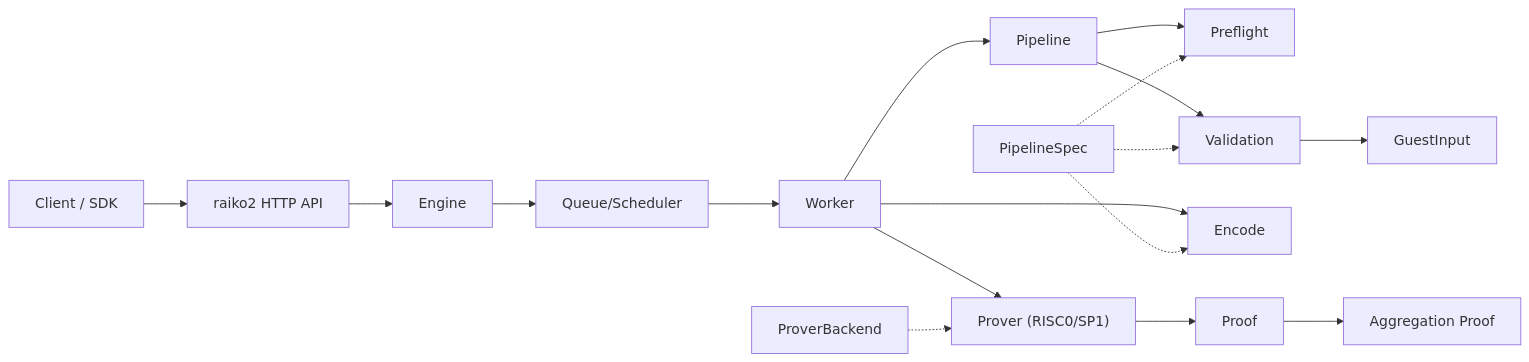
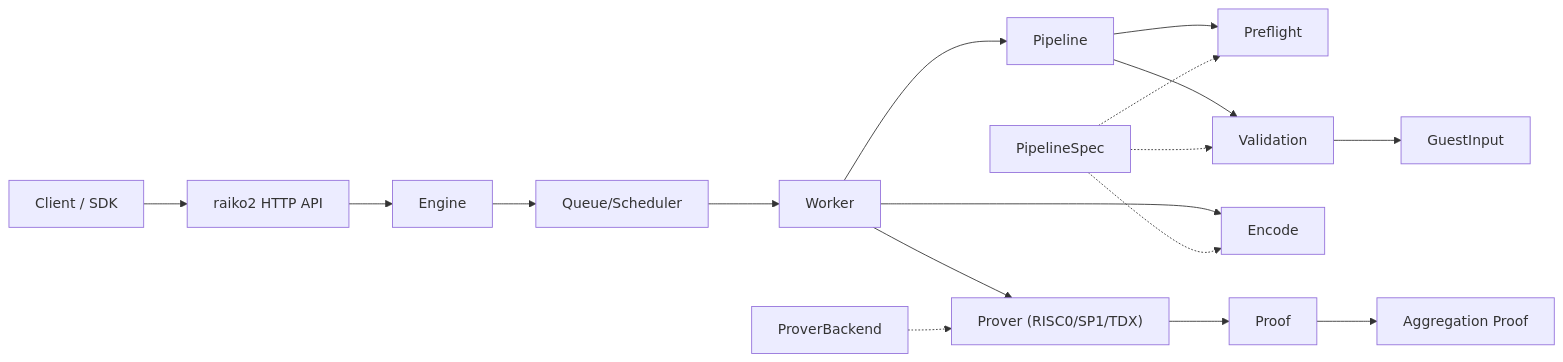
The second of 4 diagrams in README.md (taikoxyz/raiko2), drawn with Mermaid before and after one commit. The commit also changed other lines of this file, not shown here.

````diff
--- a/README.md
+++ b/README.md
@@ -90,19 +104,19 @@
 ```mermaid
 flowchart LR
   C["Client / SDK"] --> A["raiko2 HTTP API"]
   A --> Q["Engine"]
   Q --> SCH["Queue/Scheduler"]
   SCH --> W["Worker"]
   W --> PL["Pipeline"]
   PL --> PF["Preflight"]
   PL --> VA["Validation"]
   VA --> GI["GuestInput"]
   W --> EN["Encode"]
-  W --> PR["Prover (RISC0/SP1)"]
+  W --> PR["Prover (RISC0/SP1/TDX)"]
   PR --> PO["Proof"]
   PO --> AG["Aggregation Proof"]
   HF["PipelineSpec"] -.-> PF
   HF -.-> VA
   HF -.-> EN
   PB["ProverBackend"] -.-> PR
 ```
````
